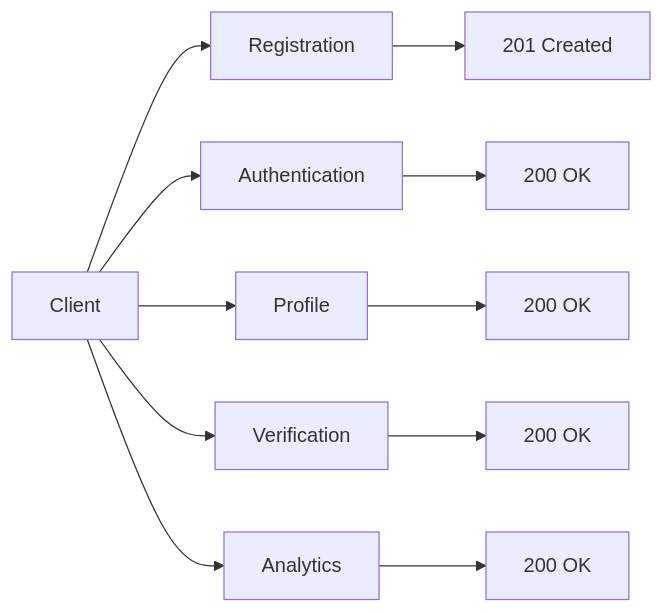
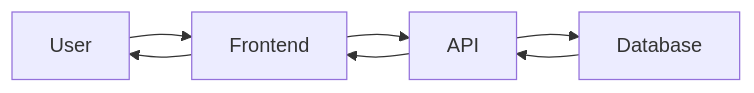
The eighth of 15 diagrams in ARCHITECTURE.md (BTech20/biometric-auth-system), drawn with Mermaid before and after one commit. The commit also changed other lines of this file, not shown here.

First line of the commit message:
Ultra-simplify Mermaid diagrams to basic graph syntax

````diff
--- a/ARCHITECTURE.md
+++ b/ARCHITECTURE.md
@@ -188,13 +155,9 @@
 ```mermaid
-flowchart LR
-    A[Client] --> B[Registration]
-    A --> C[Authentication]
-    A --> D[Profile]
-    A --> E[Verification]
-    A --> F[Analytics]
-    B --> G[201 Created]
-    C --> H[200 OK]
-    D --> I[200 OK]
-    E --> J[200 OK]
-    F --> K[200 OK]
+graph LR
+    A[User] --> B[Frontend]
+    B --> C[API]
+    C --> D[Database]
+    D --> C
+    C --> B
+    B --> A
 ```
````
